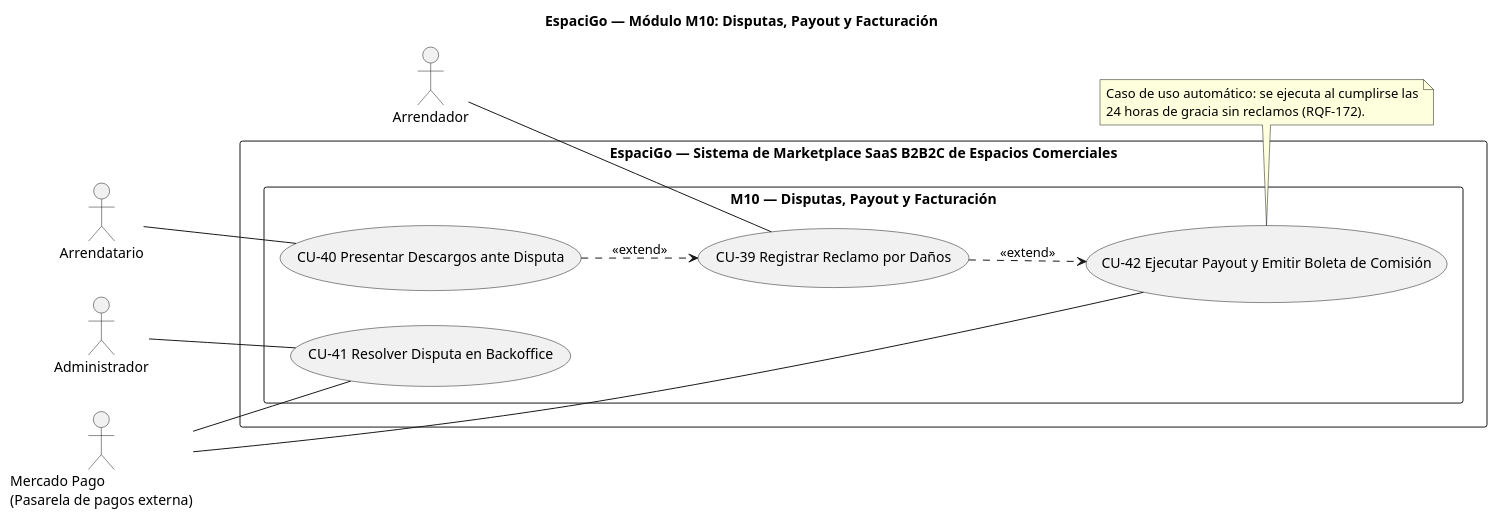
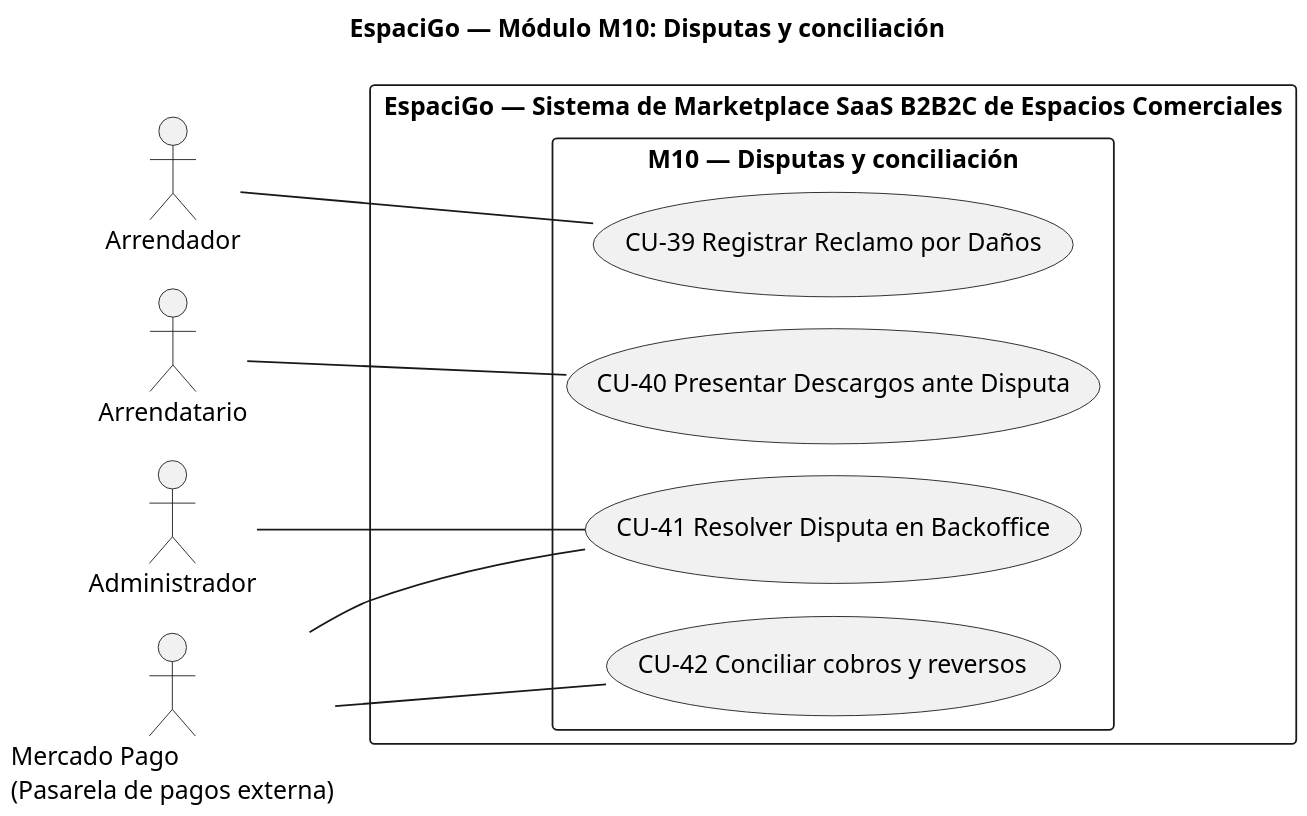
One commit to HernanEspinozaDev/proyectotitulo changed the diagram in tesis_final/assets/diagramas_src/anexo_c/cu_m10_disputas_payout.puml. Above: the diagram before and after it, drawn with PlantUML. The commit also changed 75 other files, not shown here.

```diff
--- a/tesis_final/assets/diagramas_src/anexo_c/cu_m10_disputas_payout.puml
+++ b/tesis_final/assets/diagramas_src/anexo_c/cu_m10_disputas_payout.puml
@@ -1,33 +1,29 @@
 @startuml
-title EspaciGo — Módulo M10: Disputas, Payout y Facturación
+!pragma layout smetana
+skinparam dpi 170
+title EspaciGo — Módulo M10: Disputas y conciliación
 left to right direction
 skinparam packageStyle rectangle
 
 actor "Arrendador" as ARR
 actor "Arrendatario" as ARREN
 actor "Administrador" as ADMIN
 actor "Mercado Pago\n(Pasarela de pagos externa)" as MP
 
 rectangle "EspaciGo — Sistema de Marketplace SaaS B2B2C de Espacios Comerciales" {
-  package "M10 — Disputas, Payout y Facturación" {
+  package "M10 — Disputas y conciliación" {
     usecase "CU-39 Registrar Reclamo por Daños" as CU39
     usecase "CU-40 Presentar Descargos ante Disputa" as CU40
     usecase "CU-41 Resolver Disputa en Backoffice" as CU41
-    usecase "CU-42 Ejecutar Payout y Emitir Boleta de Comisión" as CU42
+    usecase "CU-42 Conciliar cobros y reversos" as CU42
   }
 }
 
 ARR -- CU39
 ARREN -- CU40
 ADMIN -- CU41
 MP -- CU41
 MP -- CU42
 
-CU39 ..> CU42 : <<extend>>
-CU40 ..> CU39 : <<extend>>
 
-note bottom of CU42
-  Caso de uso automático: se ejecuta al cumplirse las
-  24 horas de gracia sin reclamos (RQF-172).
-end note
 @enduml
```
